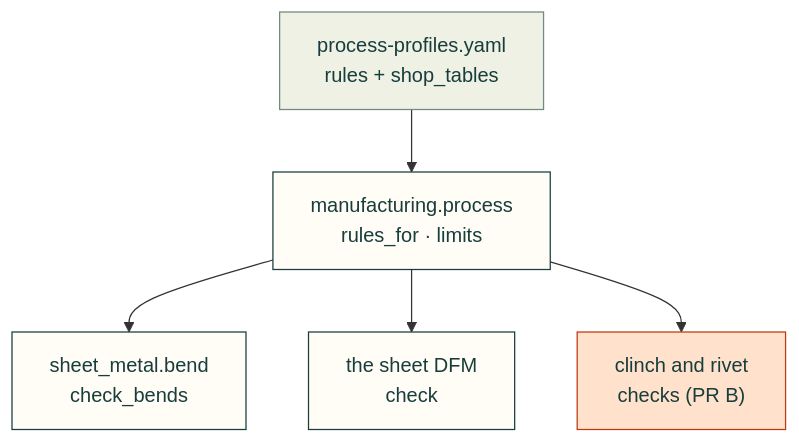
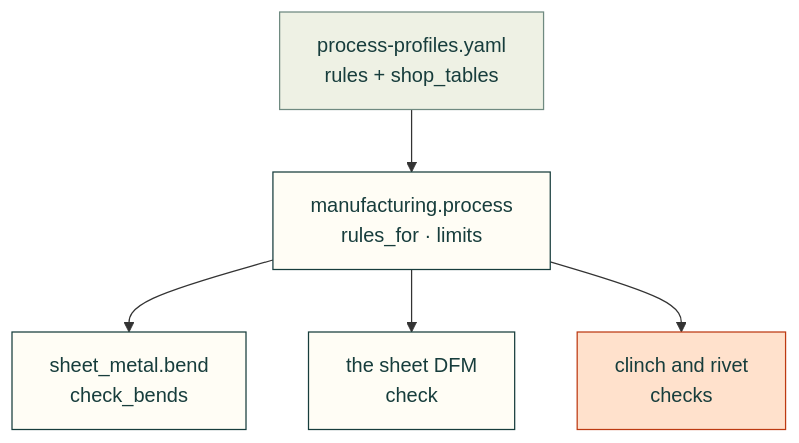
Diagram 11 of 11 in docs/research/manufacturing/sheet-metal.md (Valpatel/cad-agent), drawn with Mermaid before and after one commit. The commit also changed other lines of this file and 1 other file, not shown here.

````diff
--- a/docs/research/manufacturing/sheet-metal.md
+++ b/docs/research/manufacturing/sheet-metal.md
@@ -649,13 +649,13 @@
 ```mermaid
 flowchart TD
     Y["process-profiles.yaml<br/>rules + shop_tables"] --> P["manufacturing.process<br/>rules_for · limits"]
     P --> B["sheet_metal.bend<br/>check_bends"]
     P --> D["the sheet DFM<br/>check"]
-    P --> J["clinch and rivet<br/>checks (PR B)"]
+    P --> J["clinch and rivet<br/>checks"]
     classDef here fill:#fffdf5,stroke:#173d3c,color:#173d3c
     classDef near fill:#eef1e4,stroke:#6f8a80,color:#173d3c
     classDef out fill:#ffe1cc,stroke:#bd3a12,color:#173d3c
     class Y near
     class P,B,D here
     class J out
 ```
````
